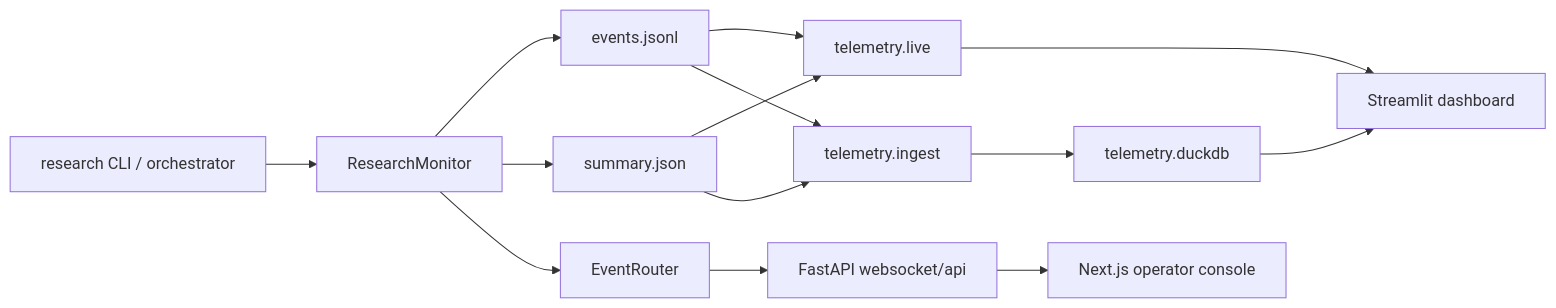
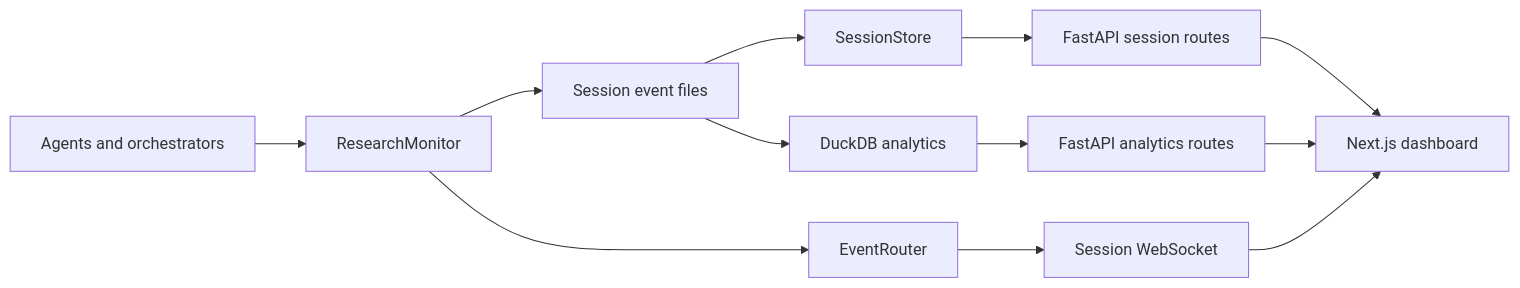
One commit to xxibcill/cc-deep-reasearch changed the diagram in docs/TELEMETRY.md. Above: the diagram before and after it, drawn with Mermaid. The commit also changed other lines of this file and 23 other files, not shown here.

````diff
--- a/docs/TELEMETRY.md
+++ b/docs/TELEMETRY.md
@@ -24,16 +14,14 @@
 ```mermaid
 flowchart LR
-    A["research CLI / orchestrator"] --> B["ResearchMonitor"]
-    B --> C["events.jsonl"]
-    B --> D["summary.json"]
-    C --> E["telemetry.live"]
-    D --> E
-    C --> F["telemetry.ingest"]
-    D --> F
-    F --> G["telemetry.duckdb"]
-    B --> H["EventRouter"]
-    H --> I["FastAPI websocket/api"]
-    E --> J["Streamlit dashboard"]
-    G --> J
-    I --> K["Next.js operator console"]
+    A["Agents and orchestrators"] --> B["ResearchMonitor"]
+    B --> C["Session event files"]
+    B --> D["EventRouter"]
+    D --> E["Session WebSocket"]
+    C --> F["SessionStore"]
+    C --> G["DuckDB analytics"]
+    F --> H["FastAPI session routes"]
+    G --> I["FastAPI analytics routes"]
+    H --> J["Next.js dashboard"]
+    I --> J
+    E --> J
 ```
````
